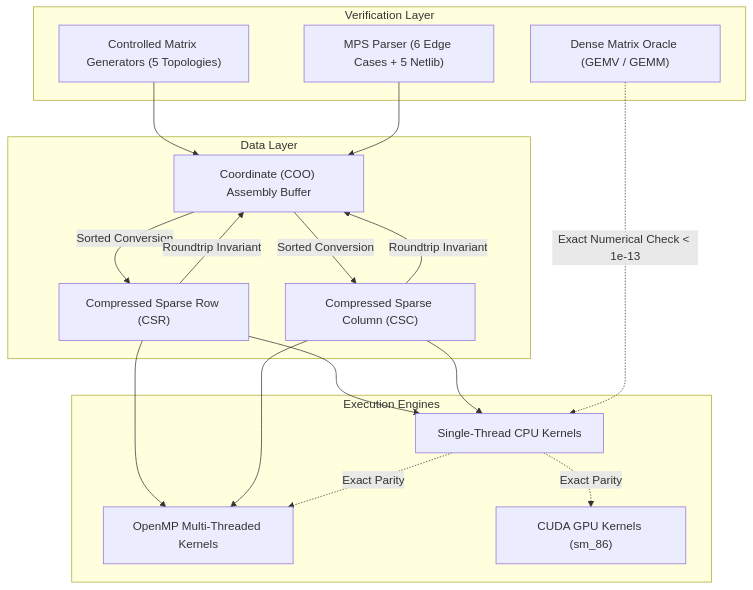
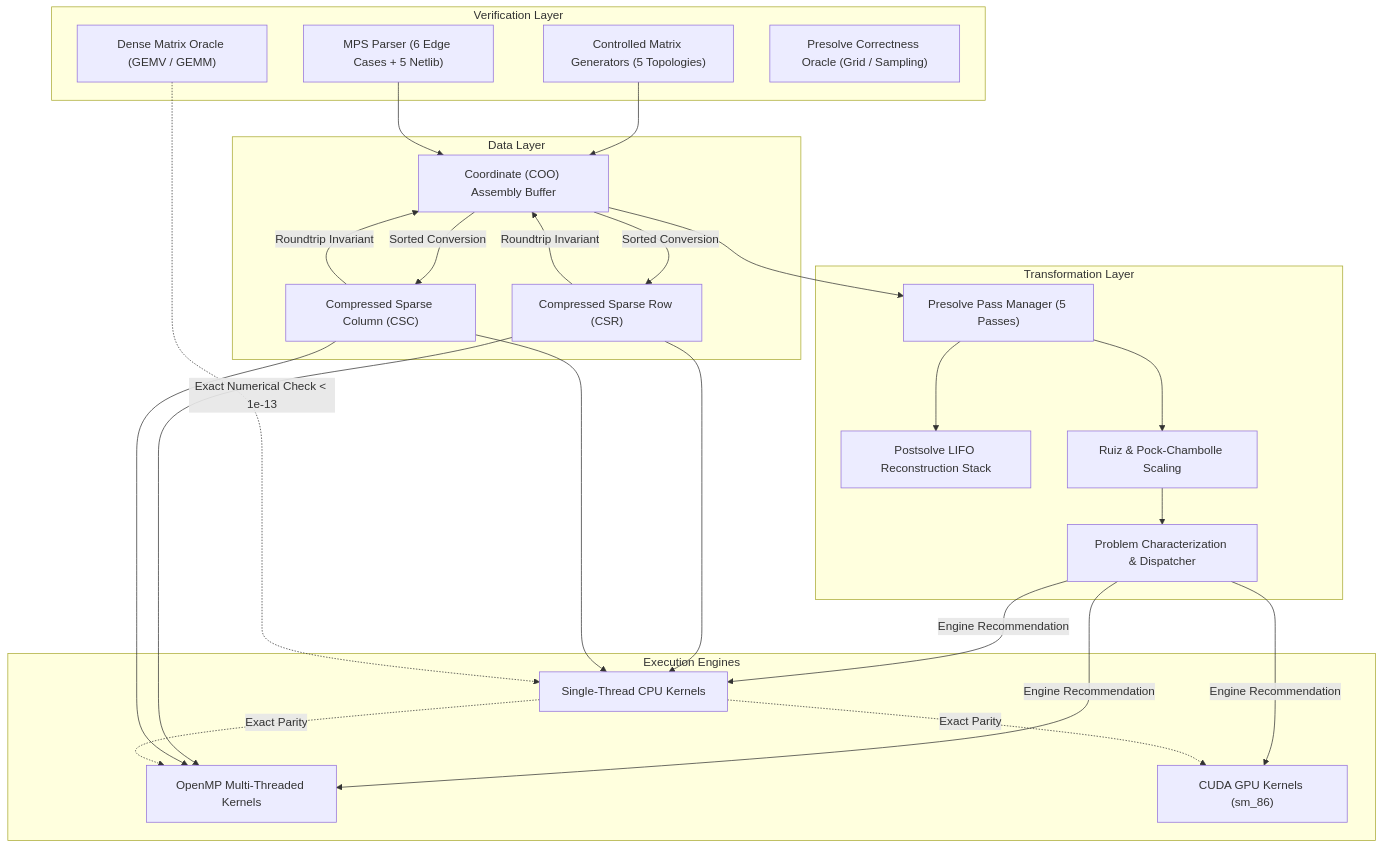
The diagram in docs/tests.md (Satyanshgaur/PIPEPYE), drawn with Mermaid before and after one commit. The commit also changed other lines of this file and 22 other files, not shown here.

Commit message:
feat: implement presolve transformation log, oracle, Ruiz scaling, and problem characterization

````diff
--- a/docs/tests.md
+++ b/docs/tests.md
@@ -263,34 +295,49 @@
 ```mermaid
 flowchart TD
     subgraph Data Layer
         COO["Coordinate (COO) Assembly Buffer"]
         CSR["Compressed Sparse Row (CSR)"]
         CSC["Compressed Sparse Column (CSC)"]
         COO -->|Sorted Conversion| CSR
         COO -->|Sorted Conversion| CSC
         CSR -->|Roundtrip Invariant| COO
         CSC -->|Roundtrip Invariant| COO
     end
 
     subgraph Verification Layer
         Dense["Dense Matrix Oracle (GEMV / GEMM)"]
         Gen["Controlled Matrix Generators (5 Topologies)"]
         MPS["MPS Parser (6 Edge Cases + 5 Netlib)"]
+        Oracle["Presolve Correctness Oracle (Grid / Sampling)"]
         Gen --> COO
         MPS --> COO
+    end
+
+    subgraph Transformation Layer
+        Presolve["Presolve Pass Manager (5 Passes)"]
+        Postsolve["Postsolve LIFO Reconstruction Stack"]
+        Scaling["Ruiz & Pock-Chambolle Scaling"]
+        Analyzer["Problem Characterization & Dispatcher"]
+        COO --> Presolve
+        Presolve --> Postsolve
+        Presolve --> Scaling
+        Scaling --> Analyzer
     end
 
     subgraph Execution Engines
         CPU_Single["Single-Thread CPU Kernels"]
         CPU_Multi["OpenMP Multi-Threaded Kernels"]
         CUDA["CUDA GPU Kernels (sm_86)"]
     end
 
+    Analyzer -->|Engine Recommendation| CPU_Single
+    Analyzer -->|Engine Recommendation| CPU_Multi
+    Analyzer -->|Engine Recommendation| CUDA
     CSR --> CPU_Single
     CSR --> CPU_Multi
     CSC --> CPU_Single
     CSC --> CPU_Multi
     Dense -.->|Exact Numerical Check < 1e-13| CPU_Single
     CPU_Single -.->|Exact Parity| CPU_Multi
     CPU_Single -.->|Exact Parity| CUDA
 ```
````
